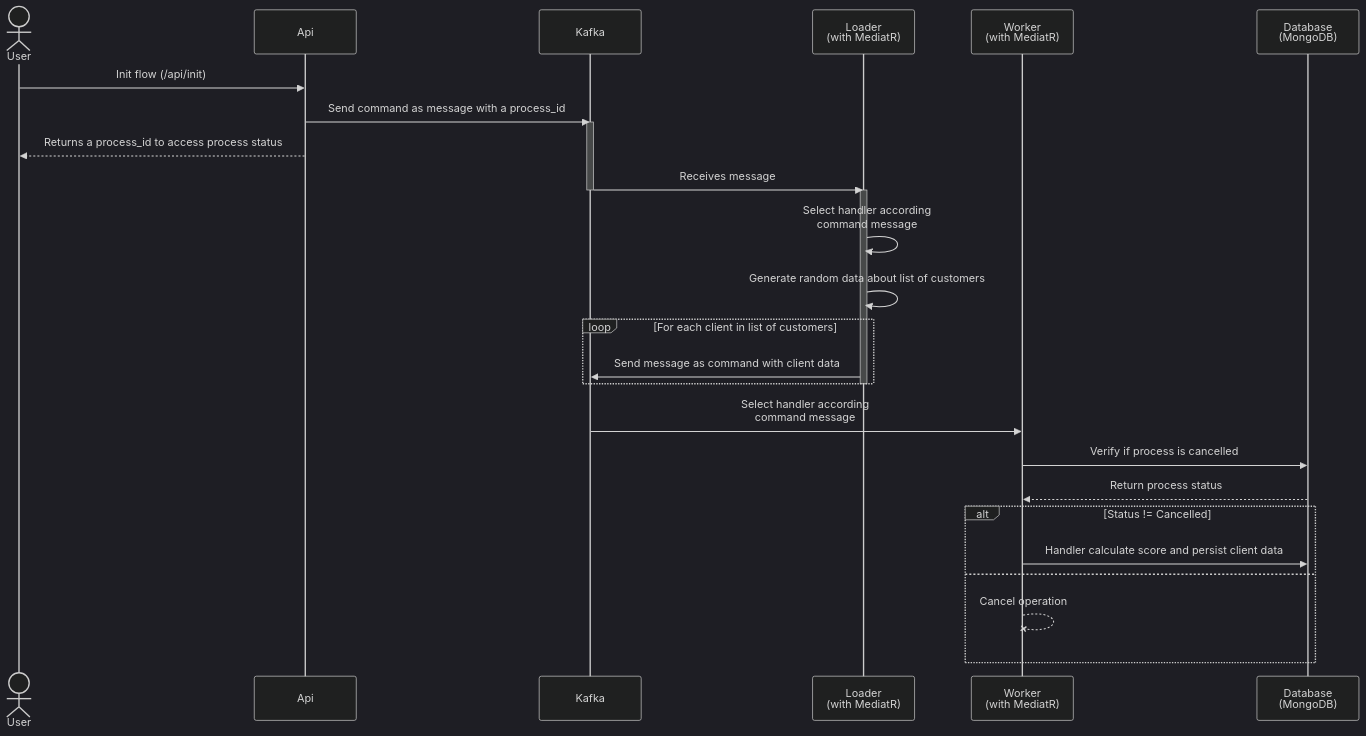
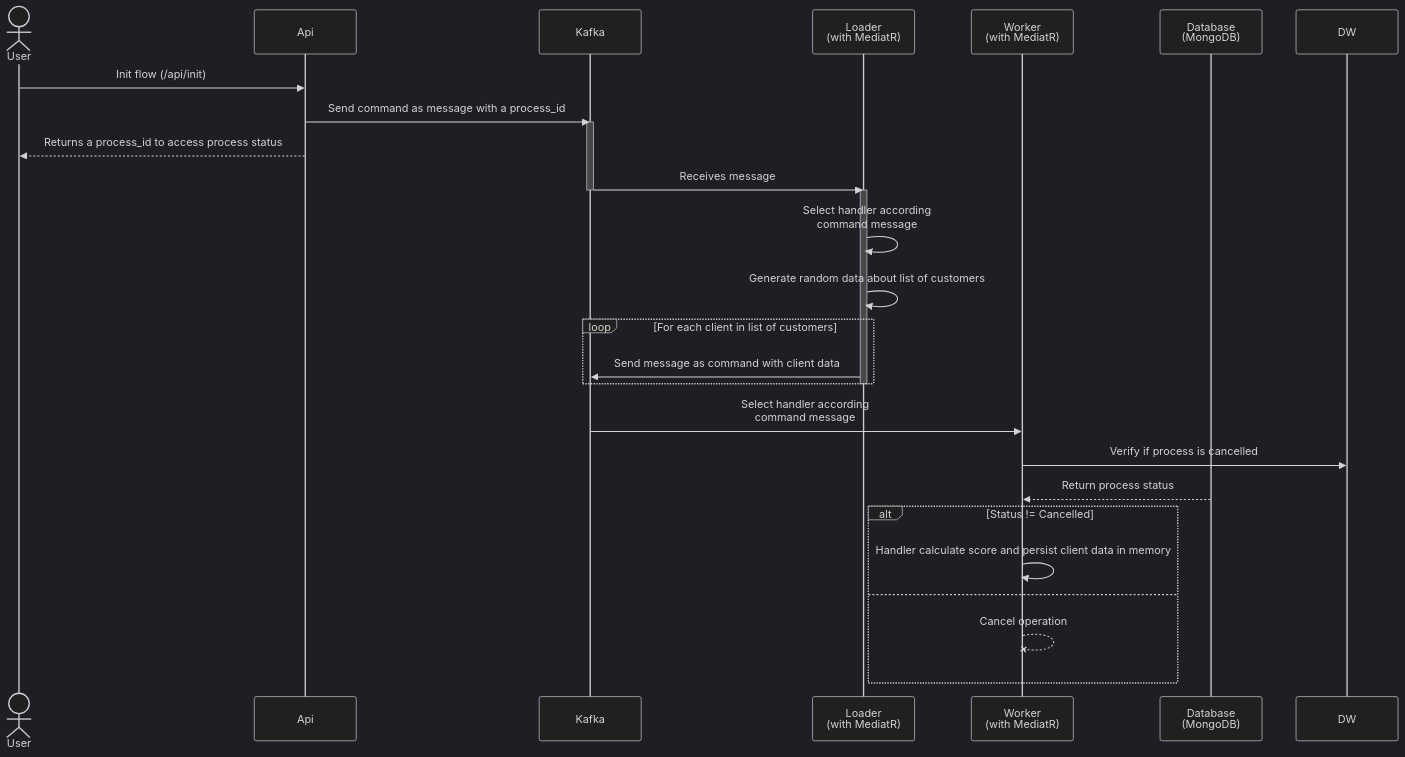
Before and after one commit to luanmds/kafka-dotnet-study: the second of 3 diagrams in sample-02/README.md, drawn with Mermaid (dark theme). The commit also changed other lines of this file and 32 other files, not shown here.

````diff
--- a/sample-02/README.md
+++ b/sample-02/README.md
@@ -35,35 +31,35 @@
 ```mermaid
     sequenceDiagram
         actor User
         participant Api as Api
         participant K as Kafka 
         participant L as Loader <br/> (with MediatR)
         participant W as Worker <br/> (with MediatR)
         participant DB as Database <br/> (MongoDB)
         
         User->>Api: Init flow (/api/init)
         Api->>K: Send command as message with a process_id 
         activate K
         Api-->>User: Returns a process_id to access process status
         K->>L: Receives message
         deactivate K
         
         activate L
         L->>L: Select handler according <br/> command message 
         L->>L: Generate random data about list of customers
         loop For each client in list of customers
             L->>K: Send message as command with client data
         end
         deactivate L
 
         K->>W: Select handler according <br/> command message 
-        W->>DB: Verify if process is cancelled
+        W->>DW: Verify if process is cancelled
         DB-->>W: Return process status
 
         alt Status != Cancelled
-            W->>DB: Handler calculate score and persist client data 
+            W->>W: Handler calculate score and persist client data in memory
         else
             W--xW: Cancel operation
         end
          
 ```
````
